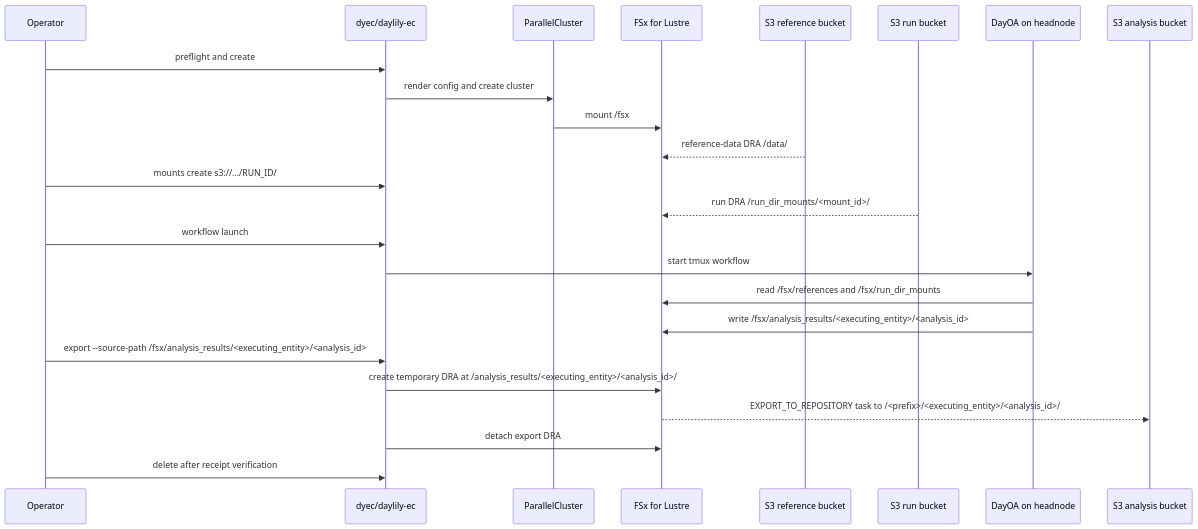
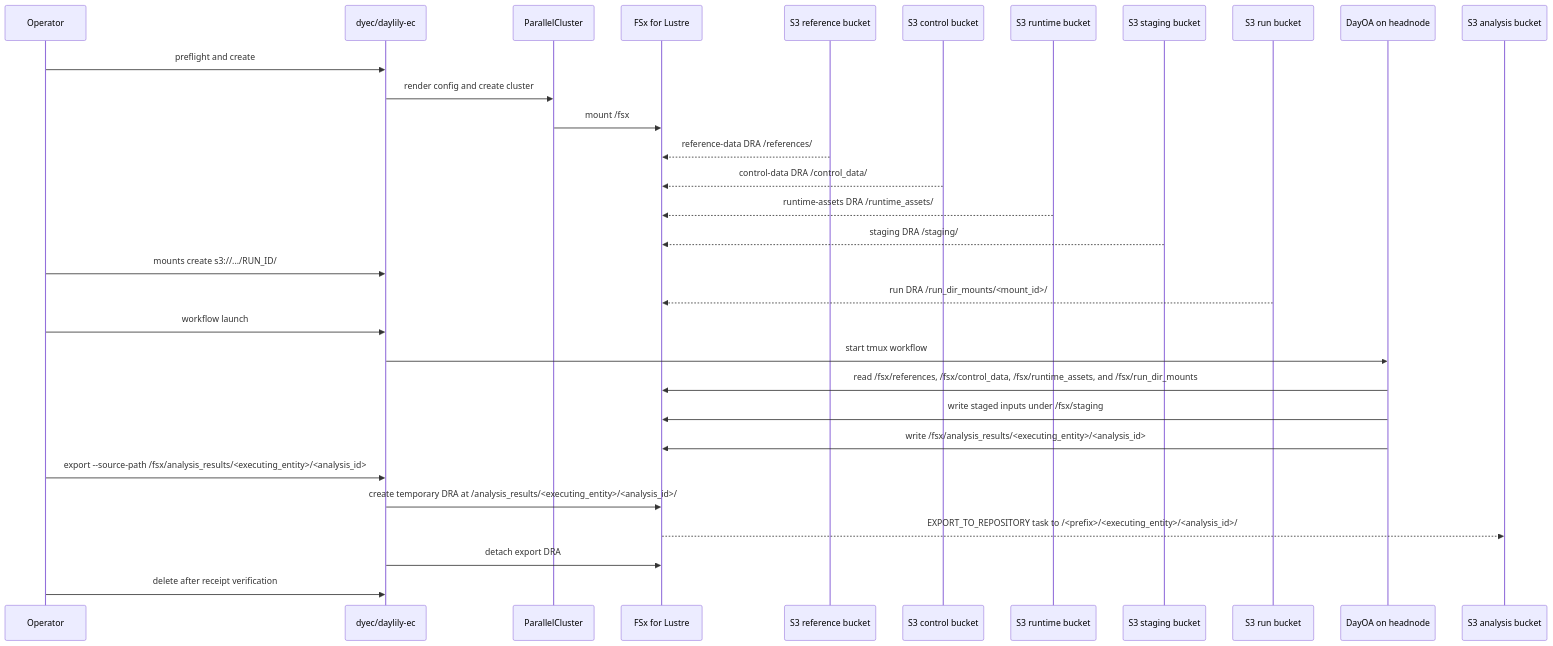
One commit to Daylily-Informatics/daylily-ephemeral-cluster changed the first of 3 diagrams in docs/dra_fsx_strategy.md. Above: the diagram before and after it, drawn with Mermaid. The commit also changed other lines of this file and 37 other files, not shown here.

````diff
--- a/docs/dra_fsx_strategy.md
+++ b/docs/dra_fsx_strategy.md
@@ -18,27 +21,34 @@
 ```mermaid
 sequenceDiagram
   participant Op as Operator
   participant DyEC as dyec/daylily-ec
   participant PC as ParallelCluster
   participant FSx as FSx for Lustre
   participant Ref as S3 reference bucket
+  participant Ctrl as S3 control bucket
+  participant Runtime as S3 runtime bucket
+  participant Stage as S3 staging bucket
   participant Run as S3 run bucket
   participant DayOA as DayOA on headnode
   participant Out as S3 analysis bucket
 
   Op->>DyEC: preflight and create
   DyEC->>PC: render config and create cluster
   PC->>FSx: mount /fsx
-  Ref-->>FSx: reference-data DRA /data/
+  Ref-->>FSx: reference-data DRA /references/
+  Ctrl-->>FSx: control-data DRA /control_data/
+  Runtime-->>FSx: runtime-assets DRA /runtime_assets/
+  Stage-->>FSx: staging DRA /staging/
   Op->>DyEC: mounts create s3://.../RUN_ID/
   Run-->>FSx: run DRA /run_dir_mounts/<mount_id>/
   Op->>DyEC: workflow launch
   DyEC->>DayOA: start tmux workflow
-  DayOA->>FSx: read /fsx/references and /fsx/run_dir_mounts
+  DayOA->>FSx: read /fsx/references, /fsx/control_data, /fsx/runtime_assets, and /fsx/run_dir_mounts
+  DayOA->>FSx: write staged inputs under /fsx/staging
   DayOA->>FSx: write /fsx/analysis_results/<executing_entity>/<analysis_id>
   Op->>DyEC: export --source-path /fsx/analysis_results/<executing_entity>/<analysis_id>
   DyEC->>FSx: create temporary DRA at /analysis_results/<executing_entity>/<analysis_id>/
   FSx-->>Out: EXPORT_TO_REPOSITORY task to /<prefix>/<executing_entity>/<analysis_id>/
   DyEC->>FSx: detach export DRA
   Op->>DyEC: delete after receipt verification
 ```
````
